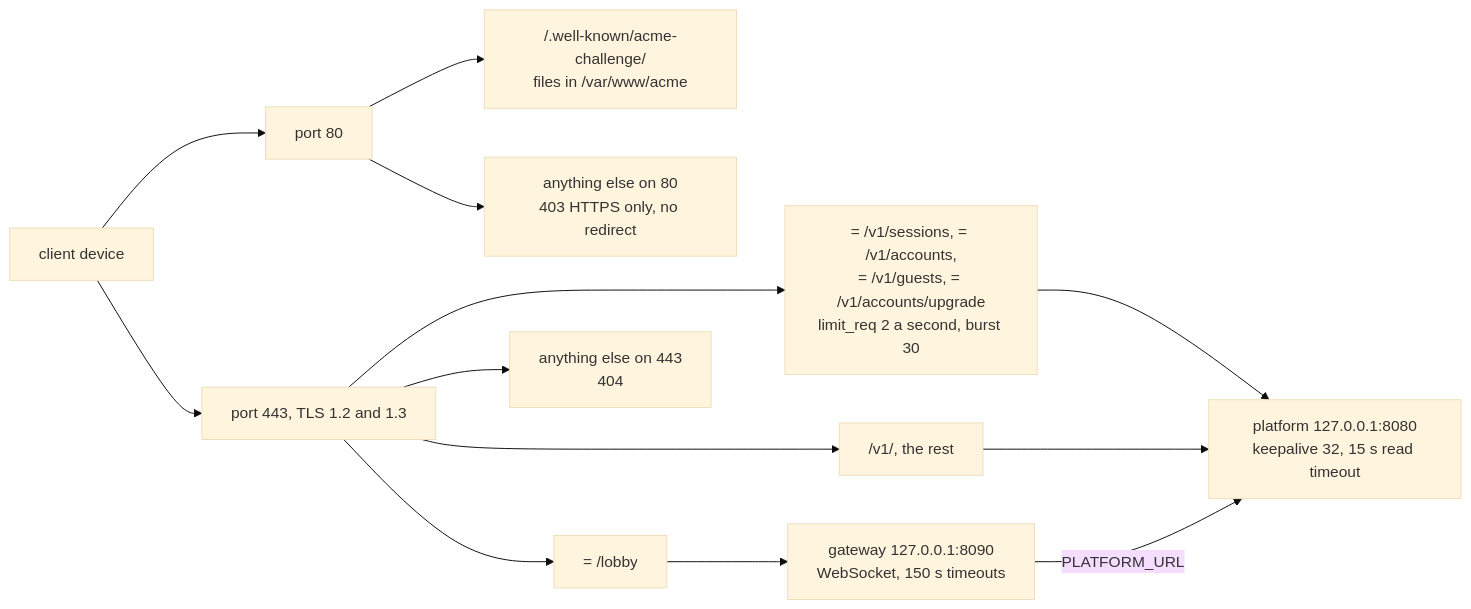
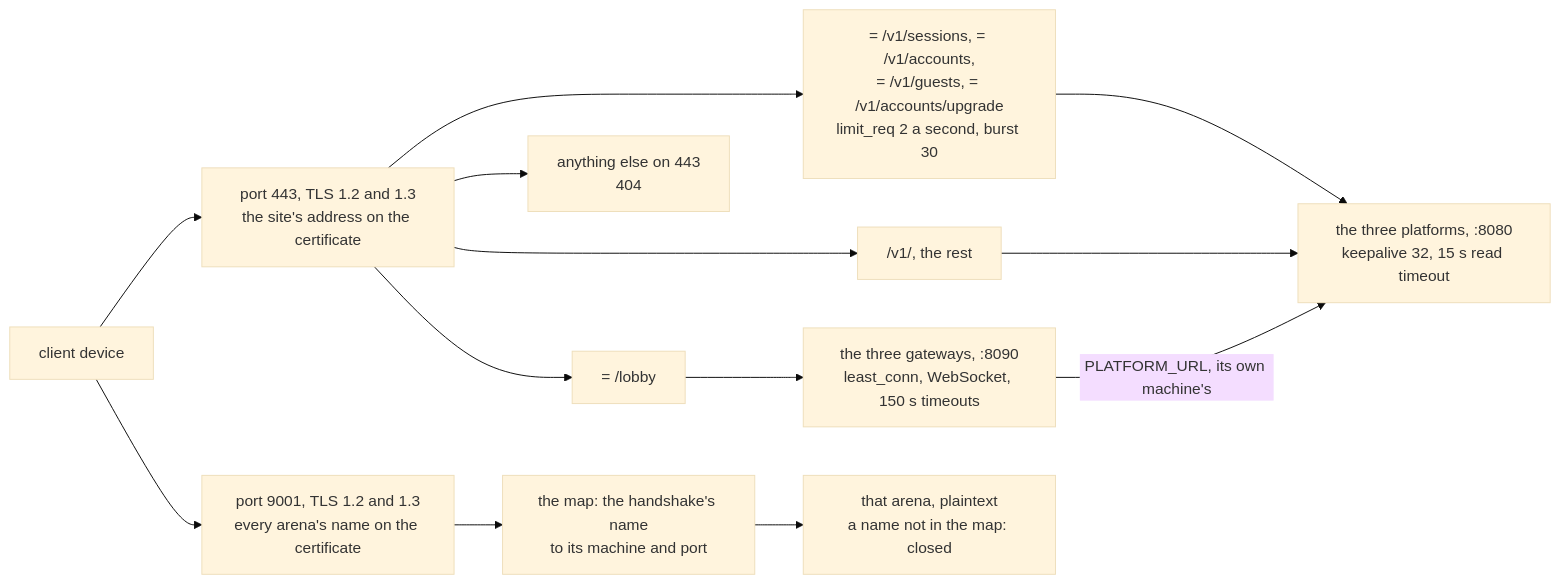
Before and after one commit to greensoft-atom/depio-simulation-platform: the second of 8 diagrams in docs/diagrams/07-deploy-and-operations.md, drawn with Mermaid (base theme). The commit also changed other lines of this file and 48 other files, not shown here.

````diff
--- a/docs/diagrams/07-deploy-and-operations.md
+++ b/docs/diagrams/07-deploy-and-operations.md
@@ -79,26 +84,26 @@
 ```mermaid
 flowchart LR
     dev["client device"]
-    p80["port 80"]
-    p443["port 443, TLS 1.2 and 1.3"]
-    acme["/.well-known/acme-challenge/<br/>files in /var/www/acme"]
-    refuse["anything else on 80<br/>403 HTTPS only, no redirect"]
+    p443["port 443, TLS 1.2 and 1.3<br/>the site's address on the certificate"]
+    p9001["port 9001, TLS 1.2 and 1.3<br/>every arena's name on the certificate"]
     lobby["= /lobby"]
     auth["= /v1/sessions, = /v1/accounts,<br/>= /v1/guests, = /v1/accounts/upgrade<br/>limit_req 2 a second, burst 30"]
     v1["/v1/, the rest"]
     other["anything else on 443<br/>404"]
-    gw["gateway 127.0.0.1:8090<br/>WebSocket, 150 s timeouts"]
-    pf["platform 127.0.0.1:8080<br/>keepalive 32, 15 s read timeout"]
-    dev --> p80
+    gw["the three gateways, :8090<br/>least_conn, WebSocket, 150 s timeouts"]
+    pf["the three platforms, :8080<br/>keepalive 32, 15 s read timeout"]
+    map["the map: the handshake's name<br/>to its machine and port"]
+    arena["that arena, plaintext<br/>a name not in the map: closed"]
     dev --> p443
-    p80 --> acme
-    p80 --> refuse
+    dev --> p9001
     p443 --> lobby
     p443 --> auth
     p443 --> v1
     p443 --> other
     lobby --> gw
     auth --> pf
     v1 --> pf
-    gw -->|"PLATFORM_URL"| pf
+    gw -->|"PLATFORM_URL, its own machine's"| pf
+    p9001 --> map
+    map --> arena
 ```
````
